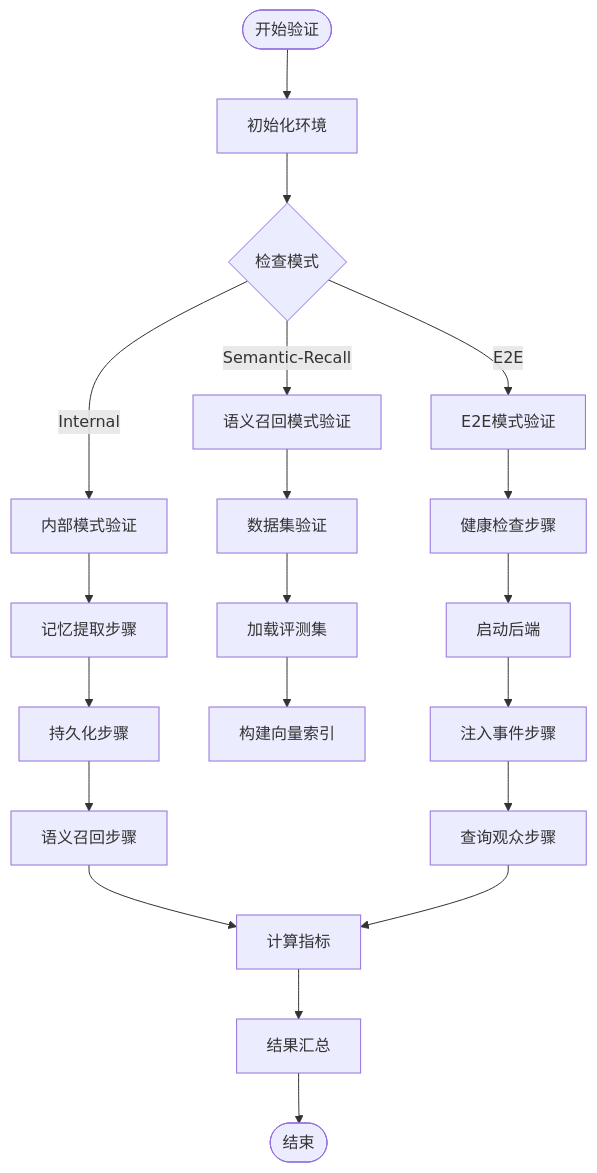
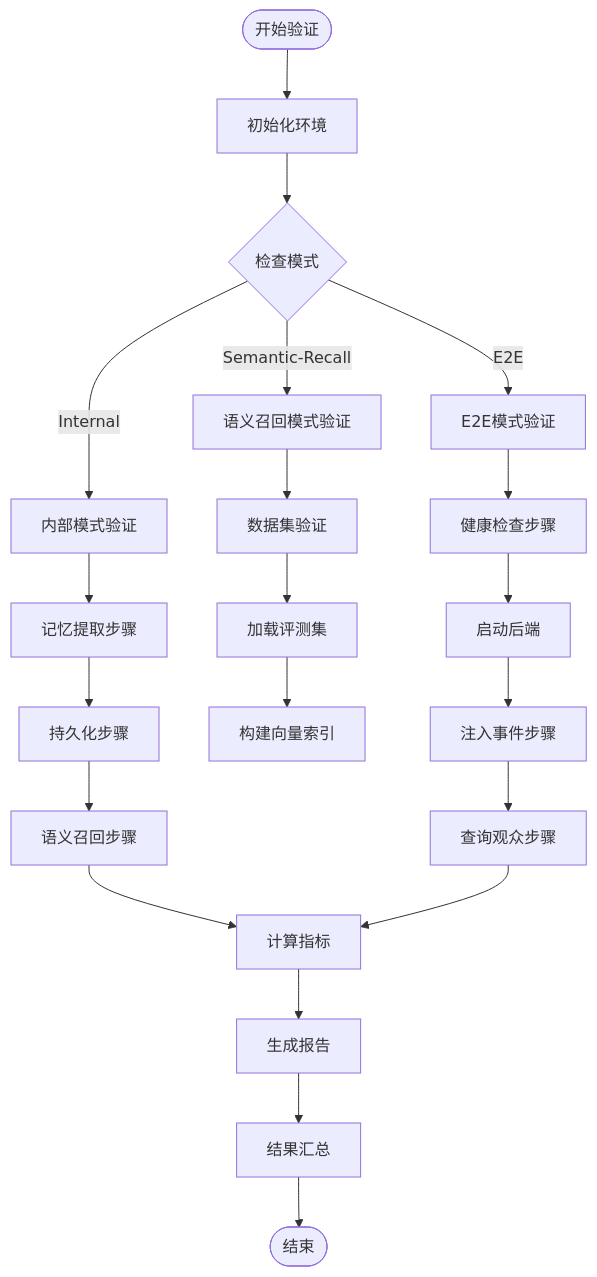
The fifth of 10 diagrams in .qoder/repowiki/zh/content/后端服务/内存管理系统/内存管道验证器/内存管道验证器.md (Moon-Force/DouYin_llm), drawn with Mermaid before and after one commit. The commit also changed other lines of this file and 35 other files, not shown here.

````diff
--- a/.qoder/repowiki/zh/content/后端服务/内存管理系统/内存管道验证器/内存管道验证器.md
+++ b/.qoder/repowiki/zh/content/后端服务/内存管理系统/内存管道验证器/内存管道验证器.md
@@ -279,22 +291,23 @@
 ```mermaid
 flowchart TD
 Start([开始验证]) --> Init[初始化环境]
 Init --> CheckMode{检查模式}
 CheckMode --> |Internal| InternalMode[内部模式验证]
 CheckMode --> |E2E| E2EMode[E2E模式验证]
 CheckMode --> |Semantic-Recall| SemanticMode[语义召回模式验证]
 InternalMode --> ExtractStep[记忆提取步骤]
 E2EMode --> HealthCheck[健康检查步骤]
 SemanticMode --> DatasetValidation[数据集验证]
 ExtractStep --> PersistStep[持久化步骤]
 HealthCheck --> BootBackend[启动后端]
 DatasetValidation --> LoadDataset[加载评测集]
 LoadDataset --> BuildIndex[构建向量索引]
 PersistStep --> RecallStep[语义召回步骤]
 BootBackend --> InjectEvent[注入事件步骤]
 RecallStep --> MetricsCalc[计算指标]
 InjectEvent --> QueryViewer[查询观众步骤]
 QueryViewer --> MetricsCalc
-MetricsCalc --> Summary[结果汇总]
+MetricsCalc --> ReportGen[生成报告]
+ReportGen --> Summary[结果汇总]
 Summary --> End([结束])
 ```
````
